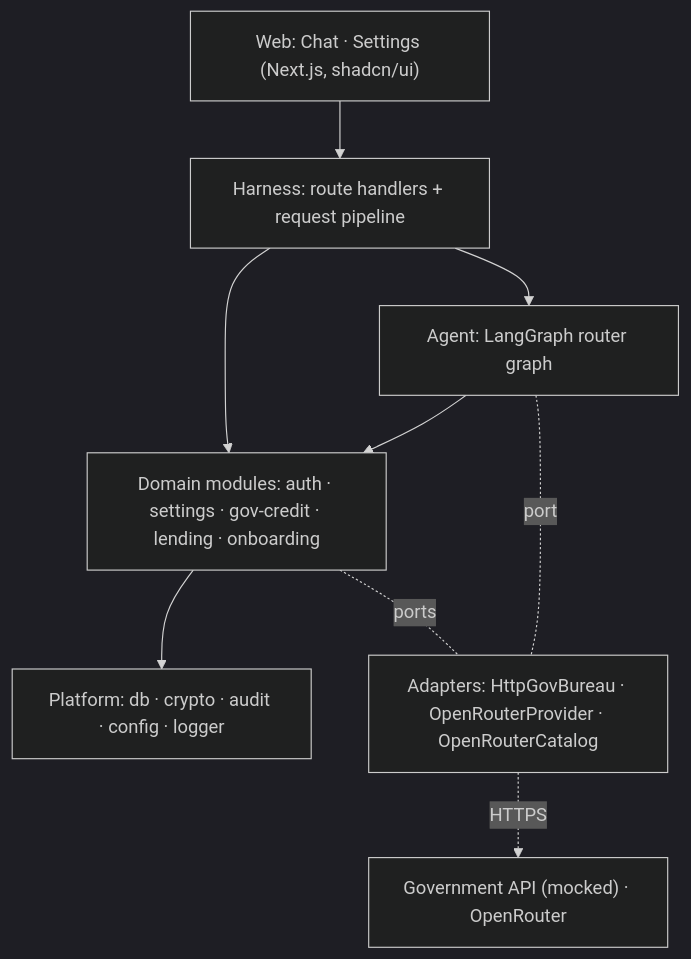
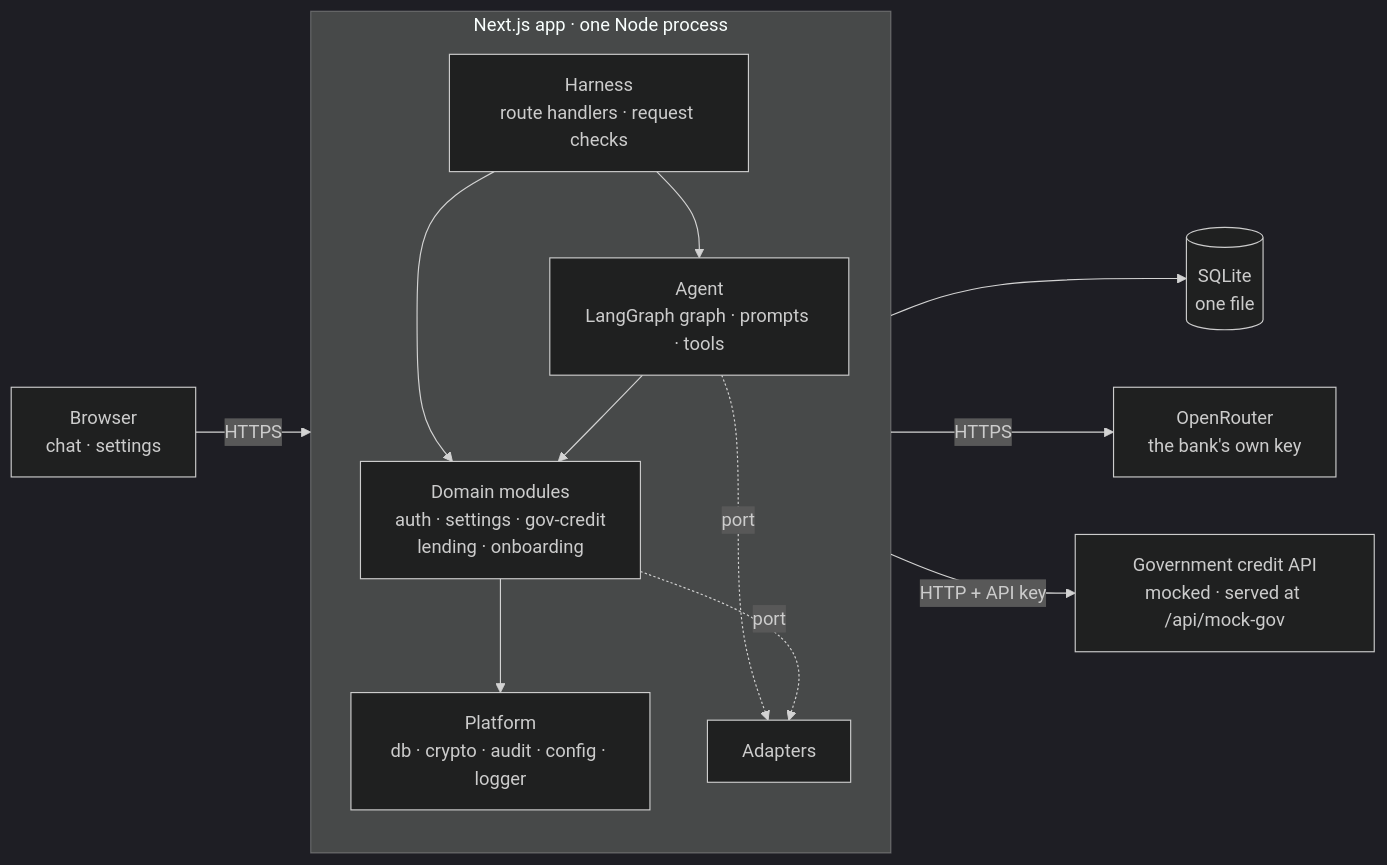
The first of 7 diagrams in docs/ARCHITECTURE.md (samitha9125/Kaya-Interview), drawn with Mermaid (dark theme) before and after one commit. The commit also changed other lines of this file, not shown here.

First line of the commit message:
docs(architecture): redraw the diagrams so each tells one story

````diff
--- a/docs/ARCHITECTURE.md
+++ b/docs/ARCHITECTURE.md
@@ -30,11 +30,25 @@
 ```mermaid
-flowchart TB
-  web["Web: Chat · Settings (Next.js, shadcn/ui)"] --> harness
-  harness["Harness: route handlers + request pipeline"] --> agent & modules
-  agent["Agent: LangGraph router graph"] --> modules
-  modules["Domain modules: auth · settings · gov-credit · lending · onboarding"] --> platform
-  platform["Platform: db · crypto · audit · config · logger"]
-  modules -. ports .- adapters
-  agent -. port .- adapters
-  adapters["Adapters: HttpGovBureau · OpenRouterProvider · OpenRouterCatalog"] -. HTTPS .-> ext["Government API (mocked) · OpenRouter"]
+flowchart LR
+  browser["Browser<br/>chat · settings"]
+  subgraph app["Next.js app · one Node process"]
+    direction TB
+    harness["Harness<br/>route handlers · request checks"]
+    agent["Agent<br/>LangGraph graph · prompts · tools"]
+    modules["Domain modules<br/>auth · settings · gov-credit<br/>lending · onboarding"]
+    platform["Platform<br/>db · crypto · audit · config · logger"]
+    adapters["Adapters"]
+    harness --> agent
+    harness --> modules
+    agent --> modules
+    modules --> platform
+    agent -.->|port| adapters
+    modules -.->|port| adapters
+  end
+  db[("SQLite<br/>one file")]
+  llm["OpenRouter<br/>the bank's own key"]
+  gov["Government credit API<br/>mocked · served at /api/mock-gov"]
+  browser -->|HTTPS| harness
+  platform --> db
+  adapters -->|HTTPS| llm
+  adapters -->|"HTTP + API key"| gov
 ```
````
